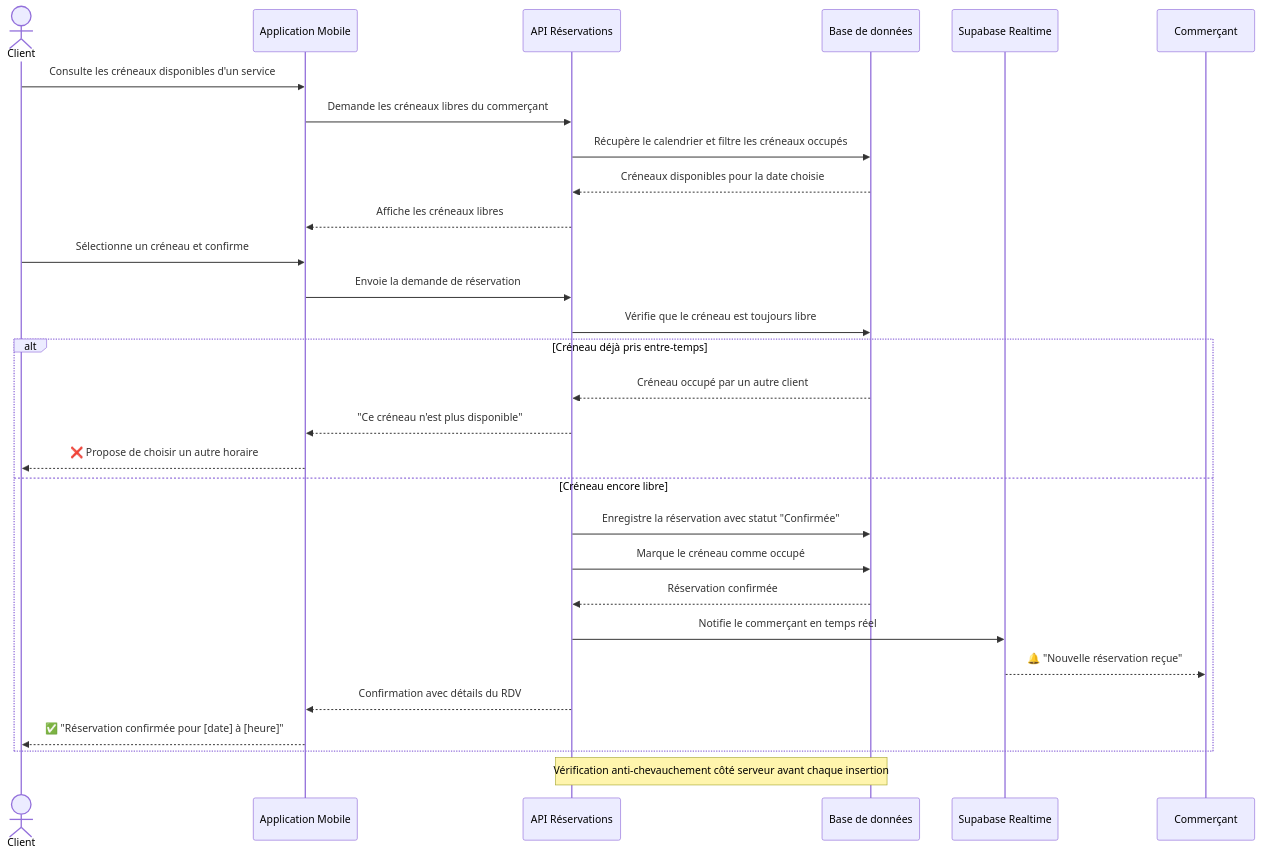
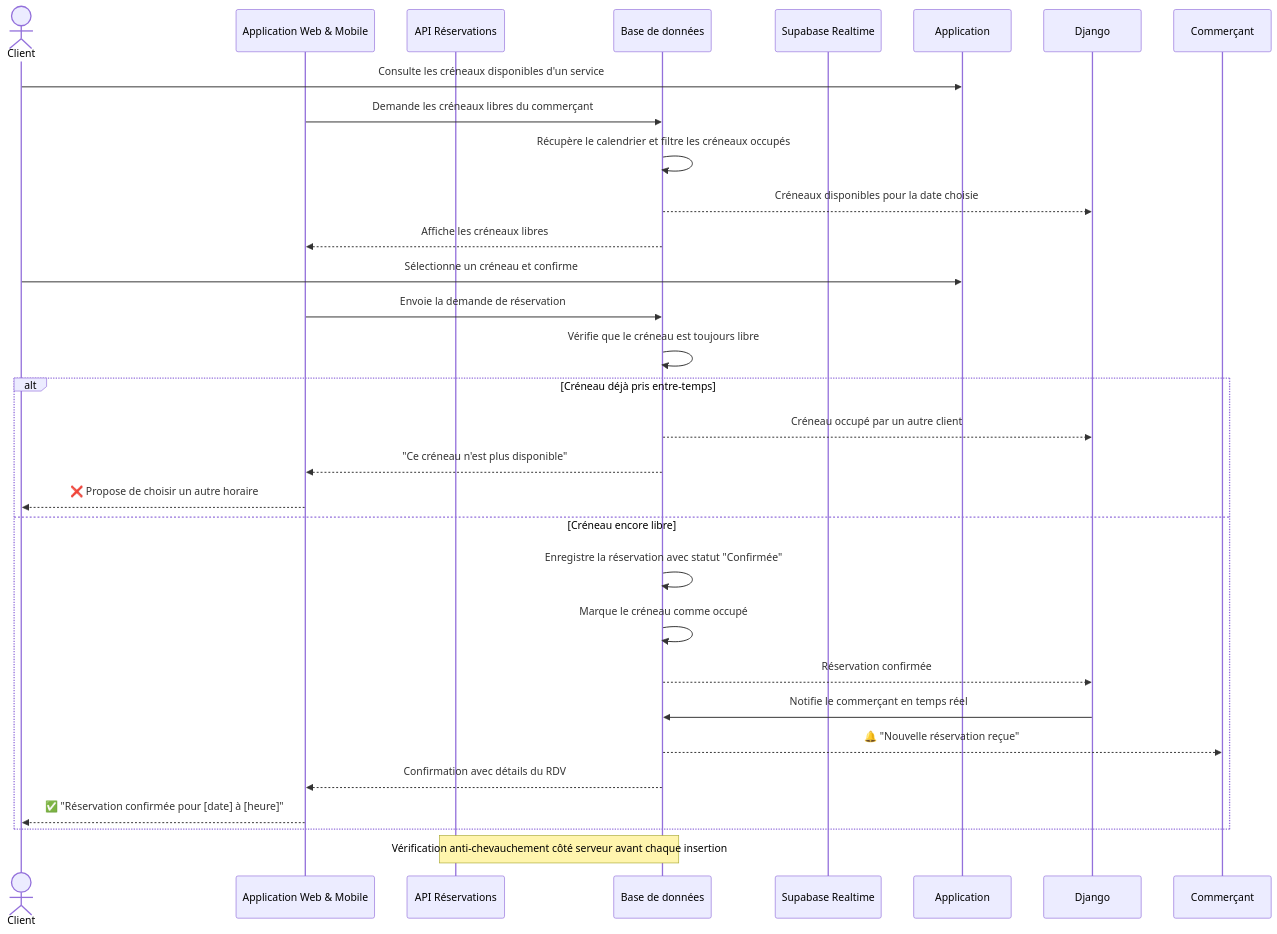
One commit to Abderrahmen1111/private-PFE-repos changed diagram 15 of 34 in SEQUENCE_DIAGRAMS_WORD_FORMAT_OPTIMIZED.md. Above: the diagram before and after it, drawn with Mermaid. The commit also changed other lines of this file and 2 other files, not shown here.

Commit message:
docs: adapt sequence diagrams to Web/Mobile apps and Django SaaS Admin

````diff
--- a/SEQUENCE_DIAGRAMS_WORD_FORMAT_OPTIMIZED.md
+++ b/SEQUENCE_DIAGRAMS_WORD_FORMAT_OPTIMIZED.md
@@ -476,33 +474,33 @@
 ```mermaid
 sequenceDiagram
     actor Client
-    participant Application as Application Mobile
+    participant App as Application Web & Mobile
     participant Serveur as API Réservations
     participant BD as Base de données
     participant Notif as Supabase Realtime
 
     Client->>Application: Consulte les créneaux disponibles d'un service
-    Application->>Serveur: Demande les créneaux libres du commerçant
-    Serveur->>BD: Récupère le calendrier et filtre les créneaux occupés
-    BD-->>Serveur: Créneaux disponibles pour la date choisie
-    Serveur-->>Application: Affiche les créneaux libres
+    App->>BD: Demande les créneaux libres du commerçant
+    BD->>BD: Récupère le calendrier et filtre les créneaux occupés
+    BD-->>Django: Créneaux disponibles pour la date choisie
+    BD-->>App: Affiche les créneaux libres
     Client->>Application: Sélectionne un créneau et confirme
 
-    Application->>Serveur: Envoie la demande de réservation
-    Serveur->>BD: Vérifie que le créneau est toujours libre
+    App->>BD: Envoie la demande de réservation
+    BD->>BD: Vérifie que le créneau est toujours libre
     alt Créneau déjà pris entre-temps
-        BD-->>Serveur: Créneau occupé par un autre client
-        Serveur-->>Application: "Ce créneau n'est plus disponible"
-        Application-->>Client: ❌ Propose de choisir un autre horaire
+        BD-->>Django: Créneau occupé par un autre client
+        BD-->>App: "Ce créneau n'est plus disponible"
+        App-->>Client: ❌ Propose de choisir un autre horaire
     else Créneau encore libre
-        Serveur->>BD: Enregistre la réservation avec statut "Confirmée"
-        Serveur->>BD: Marque le créneau comme occupé
-        BD-->>Serveur: Réservation confirmée
-        Serveur->>Notif: Notifie le commerçant en temps réel
-        Notif-->>Commerçant: 🔔 "Nouvelle réservation reçue"
-        Serveur-->>Application: Confirmation avec détails du RDV
-        Application-->>Client: ✅ "Réservation confirmée pour [date] à [heure]"
+        BD->>BD: Enregistre la réservation avec statut "Confirmée"
+        BD->>BD: Marque le créneau comme occupé
+        BD-->>Django: Réservation confirmée
+        Django->>BD: Notifie le commerçant en temps réel
+        BD-->>Commerçant: 🔔 "Nouvelle réservation reçue"
+        BD-->>App: Confirmation avec détails du RDV
+        App-->>Client: ✅ "Réservation confirmée pour [date] à [heure]"
     end
 
     Note over Serveur,BD: Vérification anti-chevauchement côté serveur avant chaque insertion
 ```
````
